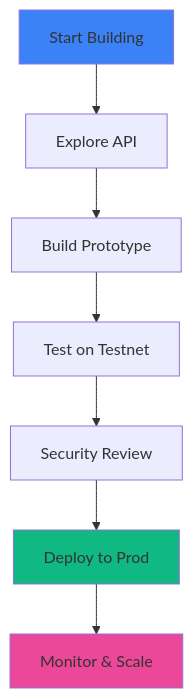
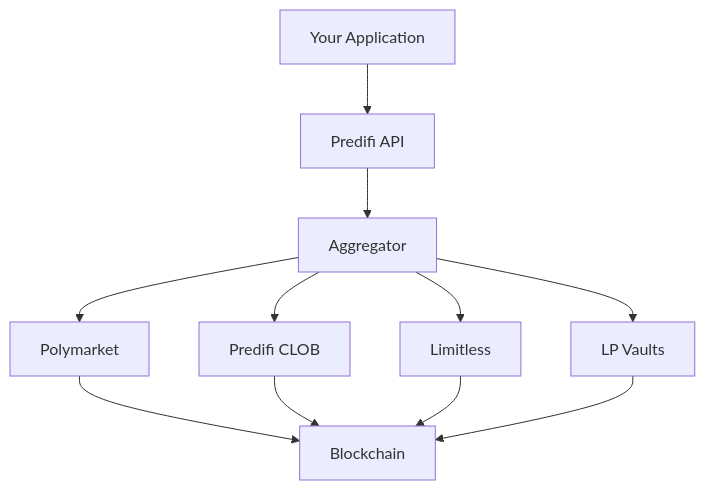
One commit to predifi-admin/docs changed the diagram in developers/introduction.mdx. Above: the diagram before and after it, drawn with Mermaid. The commit also changed other lines of this file and 9 other files, not shown here.

````diff
--- a/developers/introduction.mdx
+++ b/developers/introduction.mdx
@@ -283,21 +151,13 @@
 ```mermaid
 graph TB
-    START[Start Building]
-    EXPLORE[Explore API]
-    PROTOTYPE[Build Prototype]
-    TEST[Test on Testnet]
-    AUDIT[Security Review]
-    DEPLOY[Deploy to Prod]
-    MONITOR[Monitor & Scale]
-    
-    START --> EXPLORE
-    EXPLORE --> PROTOTYPE
-    PROTOTYPE --> TEST
-    TEST --> AUDIT
-    AUDIT --> DEPLOY
-    DEPLOY --> MONITOR
-    
-    style START fill:#3B82F6
-    style DEPLOY fill:#10B981
-    style MONITOR fill:#EC4899
+    A[Your Application] --> B[Predifi API]
+    B --> C[Aggregator]
+    C --> D1[Polymarket]
+    C --> D2[Predifi CLOB]
+    C --> D3[Limitless]
+    C --> D4[LP Vaults]
+    D1 --> E[Blockchain]
+    D2 --> E
+    D3 --> E
+    D4 --> E
 ```
````
